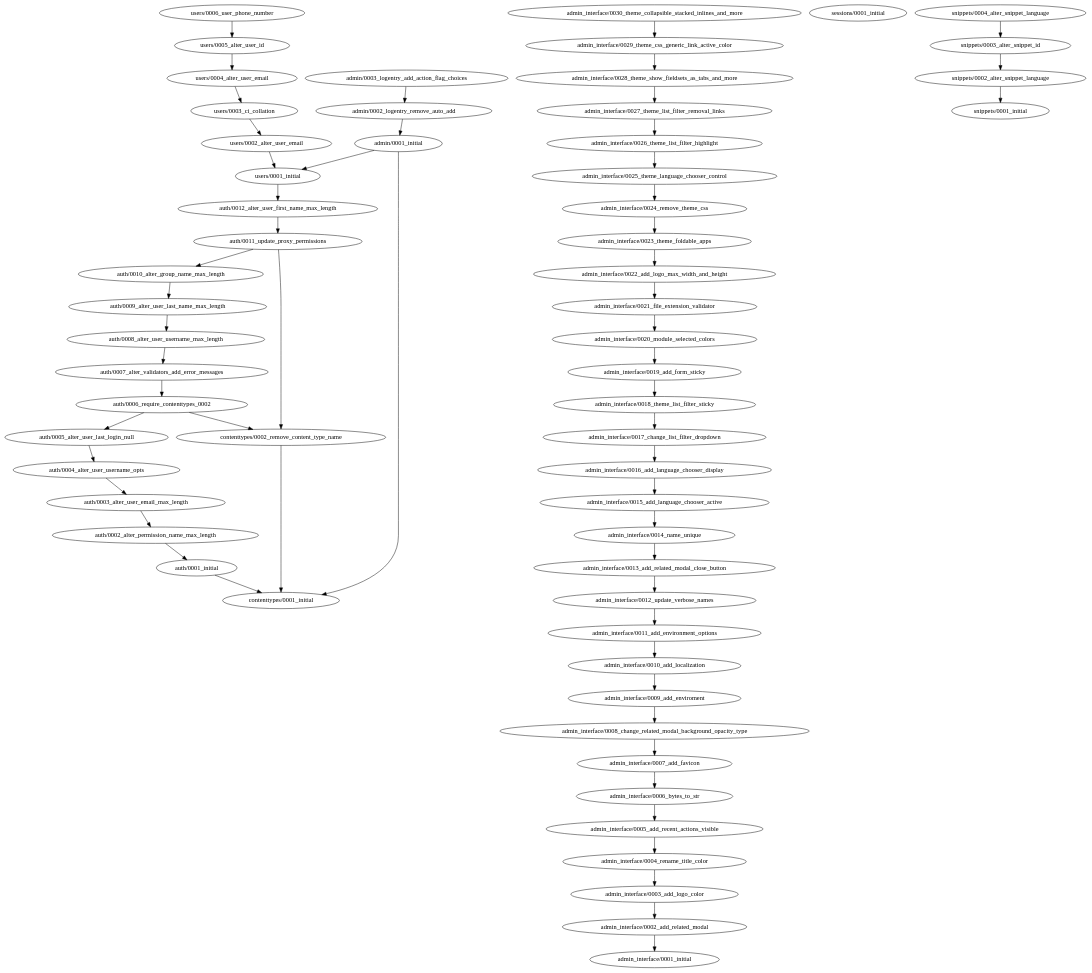
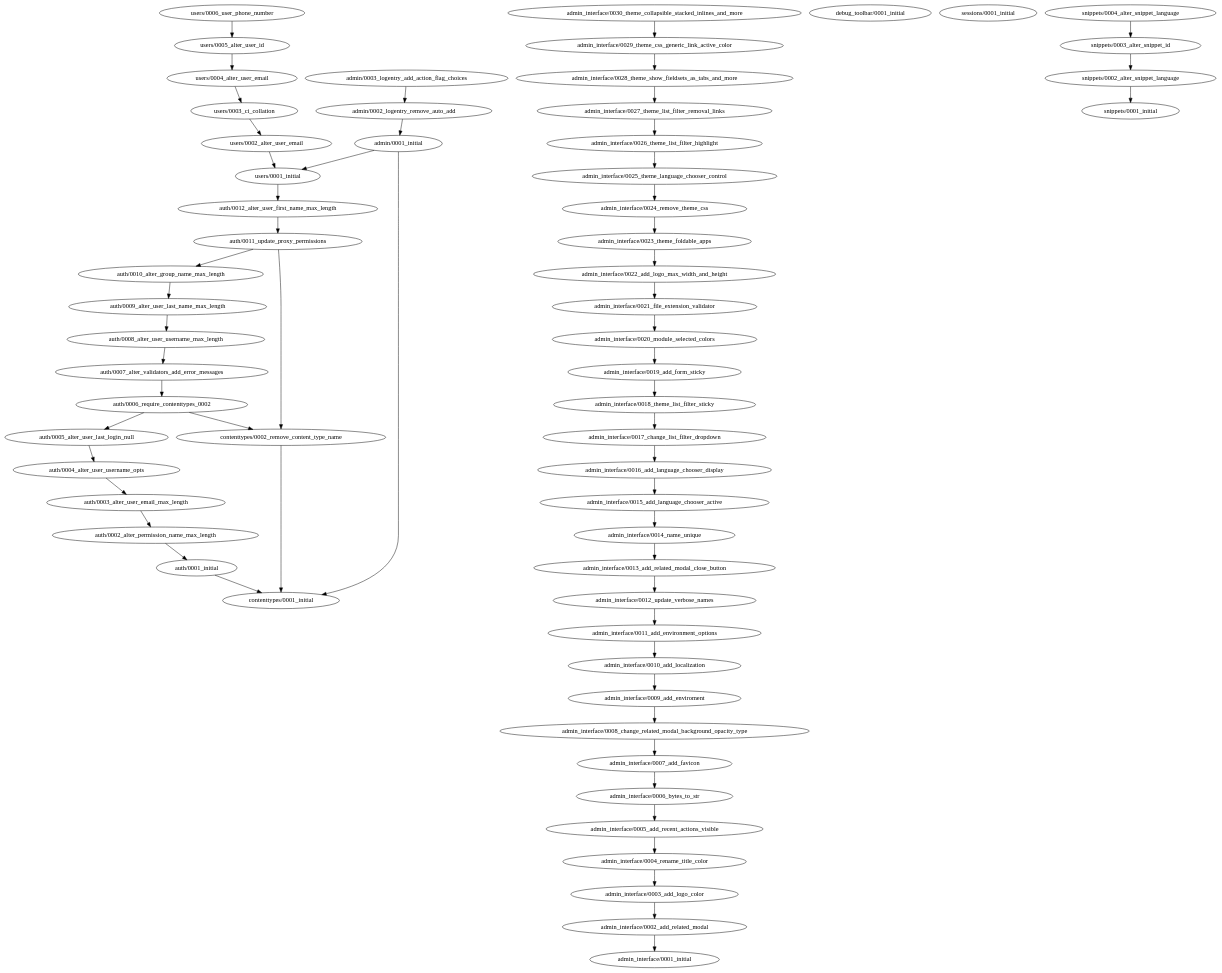
One commit to ulgens/django-blasphemy changed the diagram in src/migrations.gv. Above: the diagram before and after it, drawn with Graphviz. The commit also changed 3 other files, not shown here.

```diff
--- a/src/migrations.gv
+++ b/src/migrations.gv
@@ -1,117 +1,118 @@
 digraph {
 	"admin/0001_initial" [label="admin/0001_initial"]
 	"admin/0002_logentry_remove_auto_add" [label="admin/0002_logentry_remove_auto_add"]
 	"admin/0003_logentry_add_action_flag_choices" [label="admin/0003_logentry_add_action_flag_choices"]
 	"admin_interface/0001_initial" [label="admin_interface/0001_initial"]
 	"admin_interface/0002_add_related_modal" [label="admin_interface/0002_add_related_modal"]
 	"admin_interface/0003_add_logo_color" [label="admin_interface/0003_add_logo_color"]
 	"admin_interface/0004_rename_title_color" [label="admin_interface/0004_rename_title_color"]
 	"admin_interface/0005_add_recent_actions_visible" [label="admin_interface/0005_add_recent_actions_visible"]
 	"admin_interface/0006_bytes_to_str" [label="admin_interface/0006_bytes_to_str"]
 	"admin_interface/0007_add_favicon" [label="admin_interface/0007_add_favicon"]
 	"admin_interface/0008_change_related_modal_background_opacity_type" [label="admin_interface/0008_change_related_modal_background_opacity_type"]
 	"admin_interface/0009_add_enviroment" [label="admin_interface/0009_add_enviroment"]
 	"admin_interface/0010_add_localization" [label="admin_interface/0010_add_localization"]
 	"admin_interface/0011_add_environment_options" [label="admin_interface/0011_add_environment_options"]
 	"admin_interface/0012_update_verbose_names" [label="admin_interface/0012_update_verbose_names"]
 	"admin_interface/0013_add_related_modal_close_button" [label="admin_interface/0013_add_related_modal_close_button"]
 	"admin_interface/0014_name_unique" [label="admin_interface/0014_name_unique"]
 	"admin_interface/0015_add_language_chooser_active" [label="admin_interface/0015_add_language_chooser_active"]
 	"admin_interface/0016_add_language_chooser_display" [label="admin_interface/0016_add_language_chooser_display"]
 	"admin_interface/0017_change_list_filter_dropdown" [label="admin_interface/0017_change_list_filter_dropdown"]
 	"admin_interface/0018_theme_list_filter_sticky" [label="admin_interface/0018_theme_list_filter_sticky"]
 	"admin_interface/0019_add_form_sticky" [label="admin_interface/0019_add_form_sticky"]
 	"admin_interface/0020_module_selected_colors" [label="admin_interface/0020_module_selected_colors"]
 	"admin_interface/0021_file_extension_validator" [label="admin_interface/0021_file_extension_validator"]
 	"admin_interface/0022_add_logo_max_width_and_height" [label="admin_interface/0022_add_logo_max_width_and_height"]
 	"admin_interface/0023_theme_foldable_apps" [label="admin_interface/0023_theme_foldable_apps"]
 	"admin_interface/0024_remove_theme_css" [label="admin_interface/0024_remove_theme_css"]
 	"admin_interface/0025_theme_language_chooser_control" [label="admin_interface/0025_theme_language_chooser_control"]
 	"admin_interface/0026_theme_list_filter_highlight" [label="admin_interface/0026_theme_list_filter_highlight"]
 	"admin_interface/0027_theme_list_filter_removal_links" [label="admin_interface/0027_theme_list_filter_removal_links"]
 	"admin_interface/0028_theme_show_fieldsets_as_tabs_and_more" [label="admin_interface/0028_theme_show_fieldsets_as_tabs_and_more"]
 	"admin_interface/0029_theme_css_generic_link_active_color" [label="admin_interface/0029_theme_css_generic_link_active_color"]
 	"admin_interface/0030_theme_collapsible_stacked_inlines_and_more" [label="admin_interface/0030_theme_collapsible_stacked_inlines_and_more"]
 	"auth/0001_initial" [label="auth/0001_initial"]
 	"auth/0002_alter_permission_name_max_length" [label="auth/0002_alter_permission_name_max_length"]
 	"auth/0003_alter_user_email_max_length" [label="auth/0003_alter_user_email_max_length"]
 	"auth/0004_alter_user_username_opts" [label="auth/0004_alter_user_username_opts"]
 	"auth/0005_alter_user_last_login_null" [label="auth/0005_alter_user_last_login_null"]
 	"auth/0006_require_contenttypes_0002" [label="auth/0006_require_contenttypes_0002"]
 	"auth/0007_alter_validators_add_error_messages" [label="auth/0007_alter_validators_add_error_messages"]
 	"auth/0008_alter_user_username_max_length" [label="auth/0008_alter_user_username_max_length"]
 	"auth/0009_alter_user_last_name_max_length" [label="auth/0009_alter_user_last_name_max_length"]
 	"auth/0010_alter_group_name_max_length" [label="auth/0010_alter_group_name_max_length"]
 	"auth/0011_update_proxy_permissions" [label="auth/0011_update_proxy_permissions"]
 	"auth/0012_alter_user_first_name_max_length" [label="auth/0012_alter_user_first_name_max_length"]
 	"contenttypes/0001_initial" [label="contenttypes/0001_initial"]
 	"contenttypes/0002_remove_content_type_name" [label="contenttypes/0002_remove_content_type_name"]
+	"debug_toolbar/0001_initial" [label="debug_toolbar/0001_initial"]
 	"sessions/0001_initial" [label="sessions/0001_initial"]
 	"snippets/0001_initial" [label="snippets/0001_initial"]
 	"snippets/0002_alter_snippet_language" [label="snippets/0002_alter_snippet_language"]
 	"snippets/0003_alter_snippet_id" [label="snippets/0003_alter_snippet_id"]
 	"snippets/0004_alter_snippet_language" [label="snippets/0004_alter_snippet_language"]
 	"users/0001_initial" [label="users/0001_initial"]
 	"users/0002_alter_user_email" [label="users/0002_alter_user_email"]
 	"users/0003_ci_collation" [label="users/0003_ci_collation"]
 	"users/0004_alter_user_email" [label="users/0004_alter_user_email"]
 	"users/0005_alter_user_id" [label="users/0005_alter_user_id"]
 	"users/0006_user_phone_number" [label="users/0006_user_phone_number"]
 	"admin/0001_initial" -> "users/0001_initial"
 	"admin/0001_initial" -> "contenttypes/0001_initial"
 	"admin/0002_logentry_remove_auto_add" -> "admin/0001_initial"
 	"admin/0003_logentry_add_action_flag_choices" -> "admin/0002_logentry_remove_auto_add"
 	"admin_interface/0002_add_related_modal" -> "admin_interface/0001_initial"
 	"admin_interface/0003_add_logo_color" -> "admin_interface/0002_add_related_modal"
 	"admin_interface/0004_rename_title_color" -> "admin_interface/0003_add_logo_color"
 	"admin_interface/0005_add_recent_actions_visible" -> "admin_interface/0004_rename_title_color"
 	"admin_interface/0006_bytes_to_str" -> "admin_interface/0005_add_recent_actions_visible"
 	"admin_interface/0007_add_favicon" -> "admin_interface/0006_bytes_to_str"
 	"admin_interface/0008_change_related_modal_background_opacity_type" -> "admin_interface/0007_add_favicon"
 	"admin_interface/0009_add_enviroment" -> "admin_interface/0008_change_related_modal_background_opacity_type"
 	"admin_interface/0010_add_localization" -> "admin_interface/0009_add_enviroment"
 	"admin_interface/0011_add_environment_options" -> "admin_interface/0010_add_localization"
 	"admin_interface/0012_update_verbose_names" -> "admin_interface/0011_add_environment_options"
 	"admin_interface/0013_add_related_modal_close_button" -> "admin_interface/0012_update_verbose_names"
 	"admin_interface/0014_name_unique" -> "admin_interface/0013_add_related_modal_close_button"
 	"admin_interface/0015_add_language_chooser_active" -> "admin_interface/0014_name_unique"
 	"admin_interface/0016_add_language_chooser_display" -> "admin_interface/0015_add_language_chooser_active"
 	"admin_interface/0017_change_list_filter_dropdown" -> "admin_interface/0016_add_language_chooser_display"
 	"admin_interface/0018_theme_list_filter_sticky" -> "admin_interface/0017_change_list_filter_dropdown"
 	"admin_interface/0019_add_form_sticky" -> "admin_interface/0018_theme_list_filter_sticky"
 	"admin_interface/0020_module_selected_colors" -> "admin_interface/0019_add_form_sticky"
 	"admin_interface/0021_file_extension_validator" -> "admin_interface/0020_module_selected_colors"
 	"admin_interface/0022_add_logo_max_width_and_height" -> "admin_interface/0021_file_extension_validator"
 	"admin_interface/0023_theme_foldable_apps" -> "admin_interface/0022_add_logo_max_width_and_height"
 	"admin_interface/0024_remove_theme_css" -> "admin_interface/0023_theme_foldable_apps"
 	"admin_interface/0025_theme_language_chooser_control" -> "admin_interface/0024_remove_theme_css"
 	"admin_interface/0026_theme_list_filter_highlight" -> "admin_interface/0025_theme_language_chooser_control"
 	"admin_interface/0027_theme_list_filter_removal_links" -> "admin_interface/0026_theme_list_filter_highlight"
 	"admin_interface/0028_theme_show_fieldsets_as_tabs_and_more" -> "admin_interface/0027_theme_list_filter_removal_links"
 	"admin_interface/0029_theme_css_generic_link_active_color" -> "admin_interface/0028_theme_show_fieldsets_as_tabs_and_more"
 	"admin_interface/0030_theme_collapsible_stacked_inlines_and_more" -> "admin_interface/0029_theme_css_generic_link_active_color"
 	"auth/0001_initial" -> "contenttypes/0001_initial"
 	"auth/0002_alter_permission_name_max_length" -> "auth/0001_initial"
 	"auth/0003_alter_user_email_max_length" -> "auth/0002_alter_permission_name_max_length"
 	"auth/0004_alter_user_username_opts" -> "auth/0003_alter_user_email_max_length"
 	"auth/0005_alter_user_last_login_null" -> "auth/0004_alter_user_username_opts"
 	"auth/0006_require_contenttypes_0002" -> "auth/0005_alter_user_last_login_null"
 	"auth/0006_require_contenttypes_0002" -> "contenttypes/0002_remove_content_type_name"
 	"auth/0007_alter_validators_add_error_messages" -> "auth/0006_require_contenttypes_0002"
 	"auth/0008_alter_user_username_max_length" -> "auth/0007_alter_validators_add_error_messages"
 	"auth/0009_alter_user_last_name_max_length" -> "auth/0008_alter_user_username_max_length"
 	"auth/0010_alter_group_name_max_length" -> "auth/0009_alter_user_last_name_max_length"
 	"auth/0011_update_proxy_permissions" -> "auth/0010_alter_group_name_max_length"
 	"auth/0011_update_proxy_permissions" -> "contenttypes/0002_remove_content_type_name"
 	"auth/0012_alter_user_first_name_max_length" -> "auth/0011_update_proxy_permissions"
 	"contenttypes/0002_remove_content_type_name" -> "contenttypes/0001_initial"
 	"snippets/0002_alter_snippet_language" -> "snippets/0001_initial"
 	"snippets/0003_alter_snippet_id" -> "snippets/0002_alter_snippet_language"
 	"snippets/0004_alter_snippet_language" -> "snippets/0003_alter_snippet_id"
 	"users/0001_initial" -> "auth/0012_alter_user_first_name_max_length"
 	"users/0002_alter_user_email" -> "users/0001_initial"
 	"users/0003_ci_collation" -> "users/0002_alter_user_email"
 	"users/0004_alter_user_email" -> "users/0003_ci_collation"
 	"users/0005_alter_user_id" -> "users/0004_alter_user_email"
 	"users/0006_user_phone_number" -> "users/0005_alter_user_id"
 }
```
